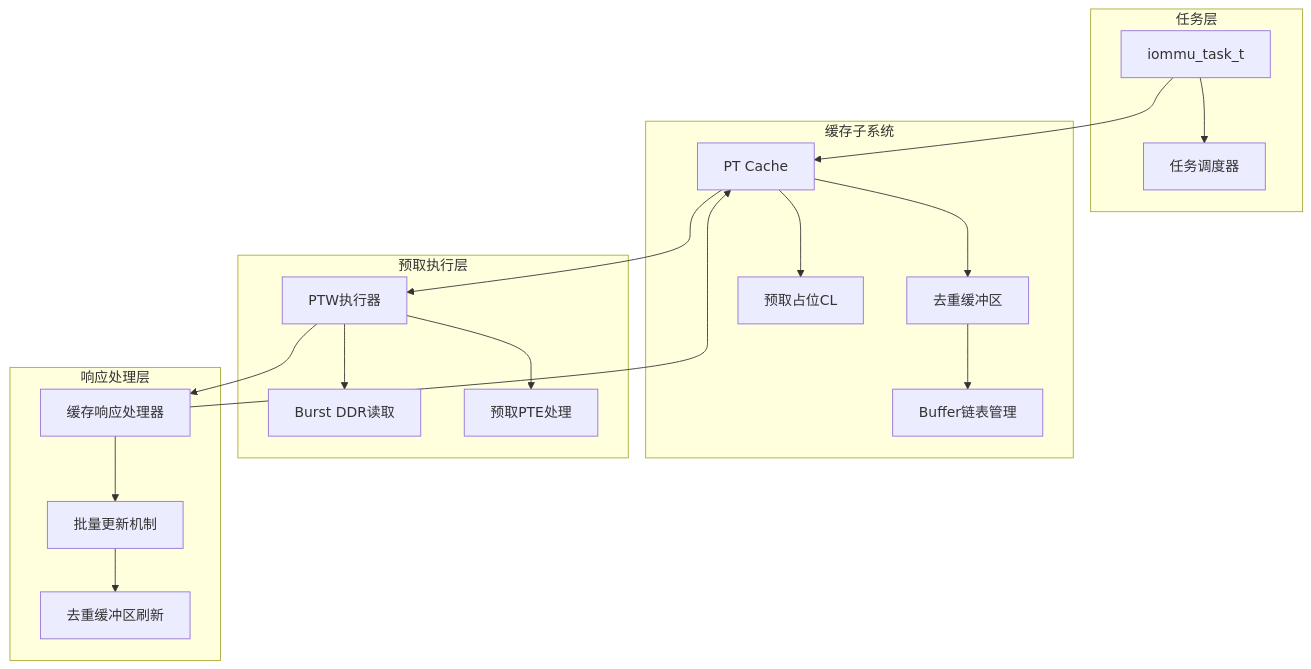
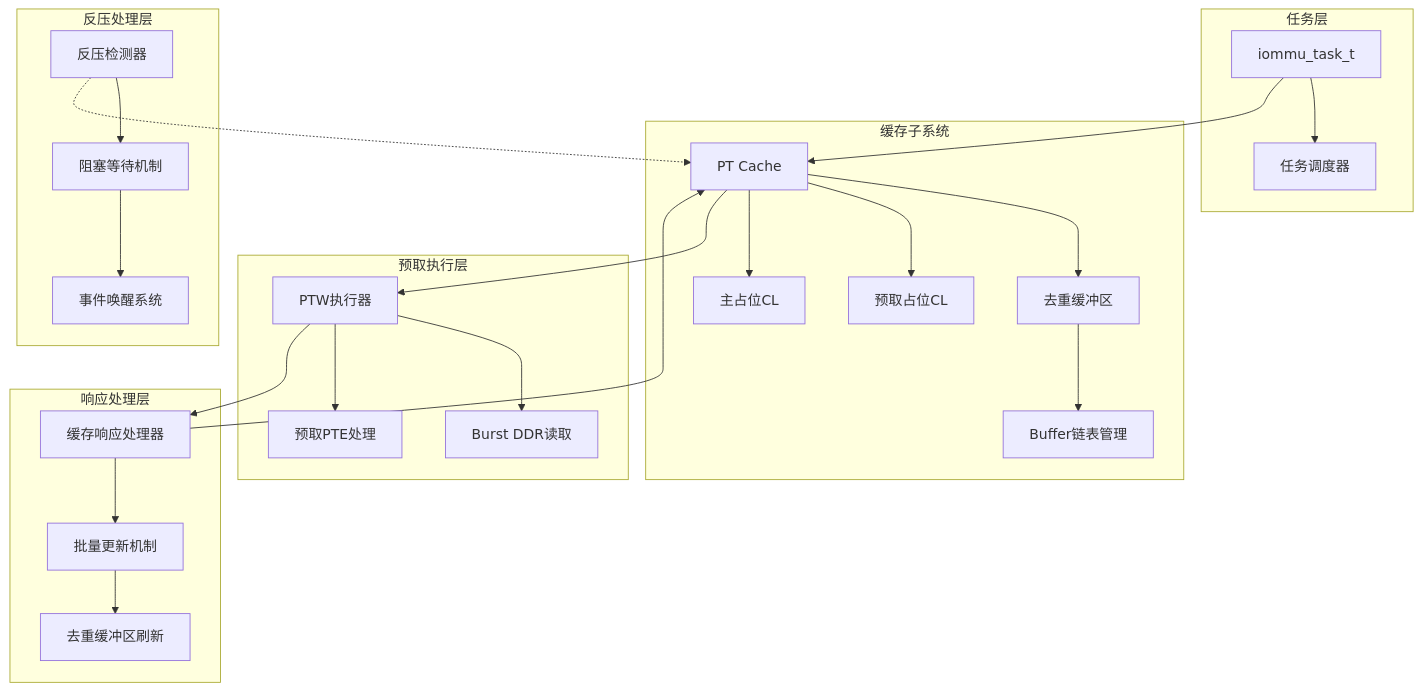
The second of 5 diagrams in .qoder/repowiki/zh/content/测试框架/PT Cache预取测试报告.md (jiangjiang1122/iommu_model_20260401_v1), drawn with Mermaid before and after one commit. The commit also changed other lines of this file and 16 other files, not shown here.

````diff
--- a/.qoder/repowiki/zh/content/测试框架/PT Cache预取测试报告.md
+++ b/.qoder/repowiki/zh/content/测试框架/PT Cache预取测试报告.md
@@ -116,23 +139,29 @@
 ```mermaid
 graph TB
 subgraph "任务层"
 A[iommu_task_t] --> B[任务调度器]
 end
 subgraph "缓存子系统"
 C[PT Cache] --> D[去重缓冲区]
 C --> E[预取占位CL]
-D --> F[Buffer链表管理]
+C --> F[主占位CL]
+D --> G[Buffer链表管理]
 end
 subgraph "预取执行层"
-G[PTW执行器] --> H[Burst DDR读取]
-G --> I[预取PTE处理]
+H[PTW执行器] --> I[Burst DDR读取]
+H --> J[预取PTE处理]
+end
+subgraph "反压处理层"
+K[反压检测器] --> L[阻塞等待机制]
+L --> M[事件唤醒系统]
 end
 subgraph "响应处理层"
-J[缓存响应处理器] --> K[批量更新机制]
-K --> L[去重缓冲区刷新]
+N[缓存响应处理器] --> O[批量更新机制]
+O --> P[去重缓冲区刷新]
 end
 A --> C
-C --> G
-G --> J
-J --> C
+C --> H
+H --> N
+N --> C
+K -.-> C
 ```
````
